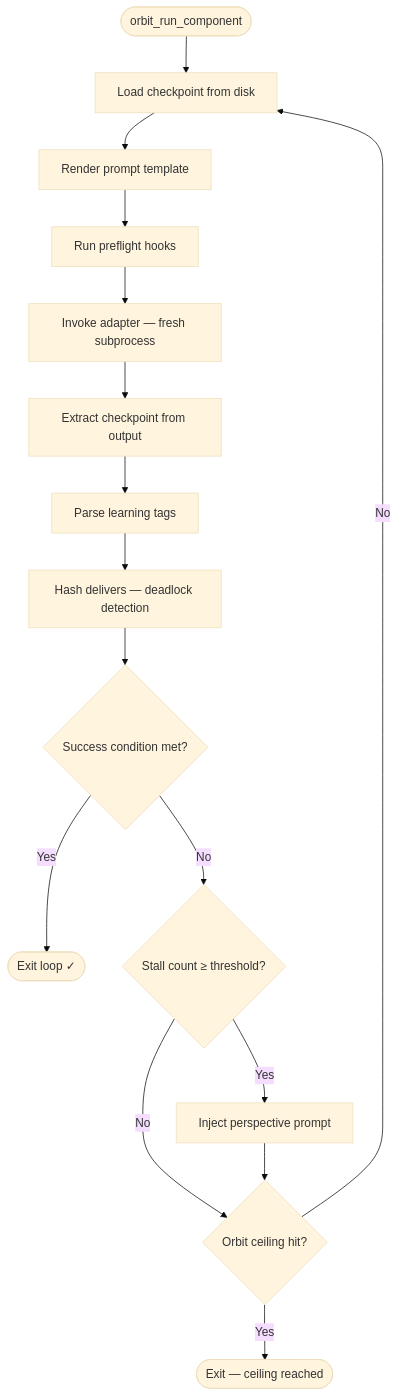
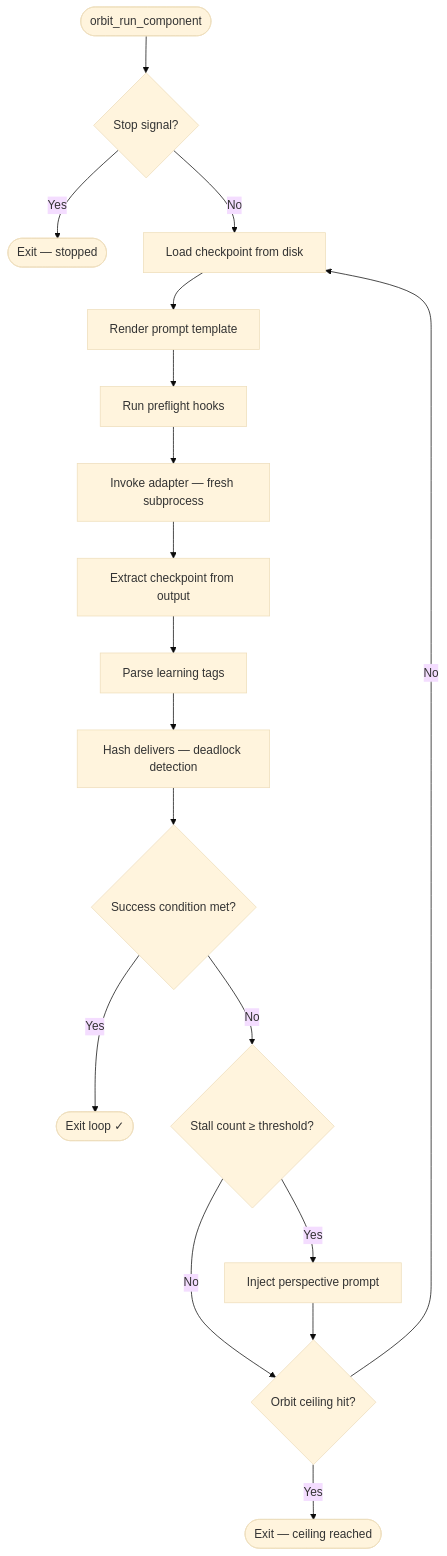
One commit to Modal-Vector/Orbit-Rover changed the first of 5 diagrams in docs/architecture.md. Above: the diagram before and after it, drawn with Mermaid (base theme). The commit also changed other lines of this file and 11 other files, not shown here.

First line of the commit message:
Add orbit stop command for graceful mission termination

````diff
--- a/docs/architecture.md
+++ b/docs/architecture.md
@@ -46,18 +46,20 @@
 ```mermaid
 flowchart TD
-    START([orbit_run_component]) --> LOAD[Load checkpoint from disk]
+    START([orbit_run_component]) --> STOP{Stop signal?}
+    STOP -- Yes --> STOPPED([Exit — stopped])
+    STOP -- No --> LOAD[Load checkpoint from disk]
     LOAD --> RENDER[Render prompt template]
     RENDER --> PREFLIGHT[Run preflight hooks]
     PREFLIGHT --> INVOKE[Invoke adapter — fresh subprocess]
     INVOKE --> EXTRACT[Extract checkpoint from output]
     EXTRACT --> PARSE[Parse learning tags]
     PARSE --> HASH[Hash delivers — deadlock detection]
     HASH --> CHECK{Success condition met?}
     CHECK -- Yes --> EXIT([Exit loop ✓])
     CHECK -- No --> DEADLOCK{Stall count ≥ threshold?}
     DEADLOCK -- No --> CEILING{Orbit ceiling hit?}
     DEADLOCK -- Yes --> PERSPECTIVE[Inject perspective prompt]
     PERSPECTIVE --> CEILING
     CEILING -- No --> LOAD
     CEILING -- Yes --> ABORT([Exit — ceiling reached])
 ```
````
